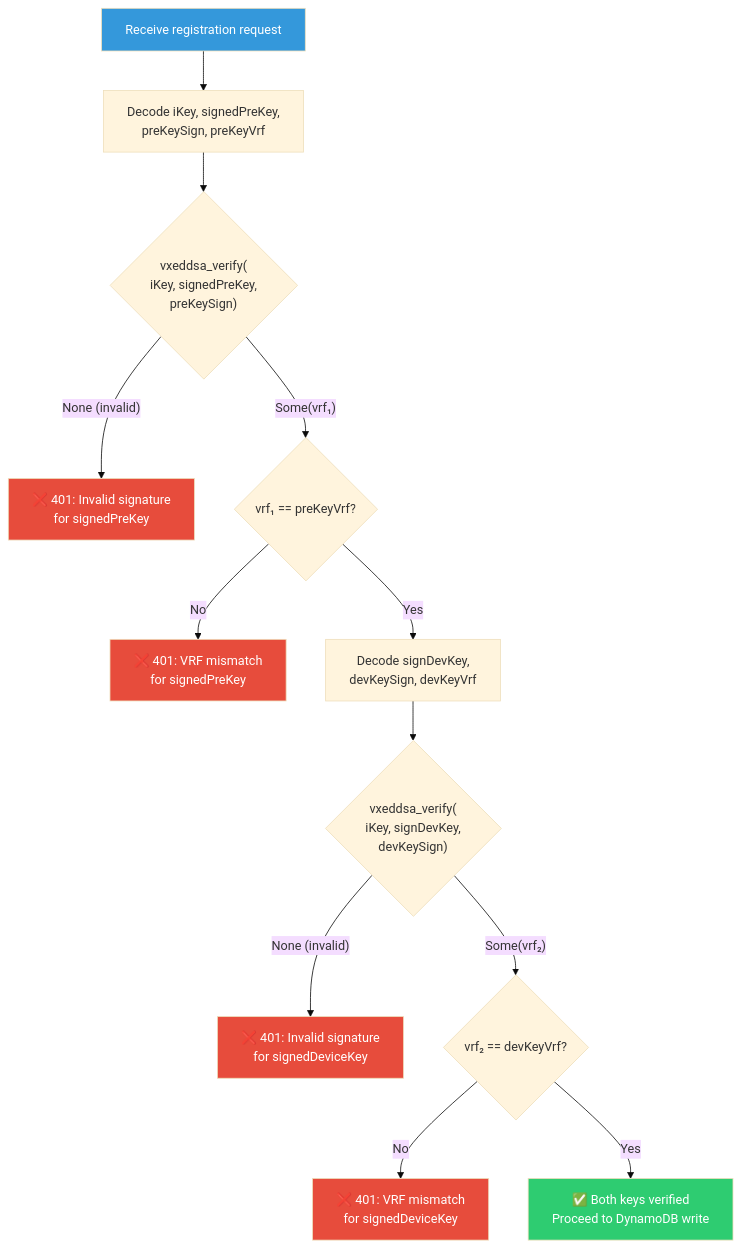
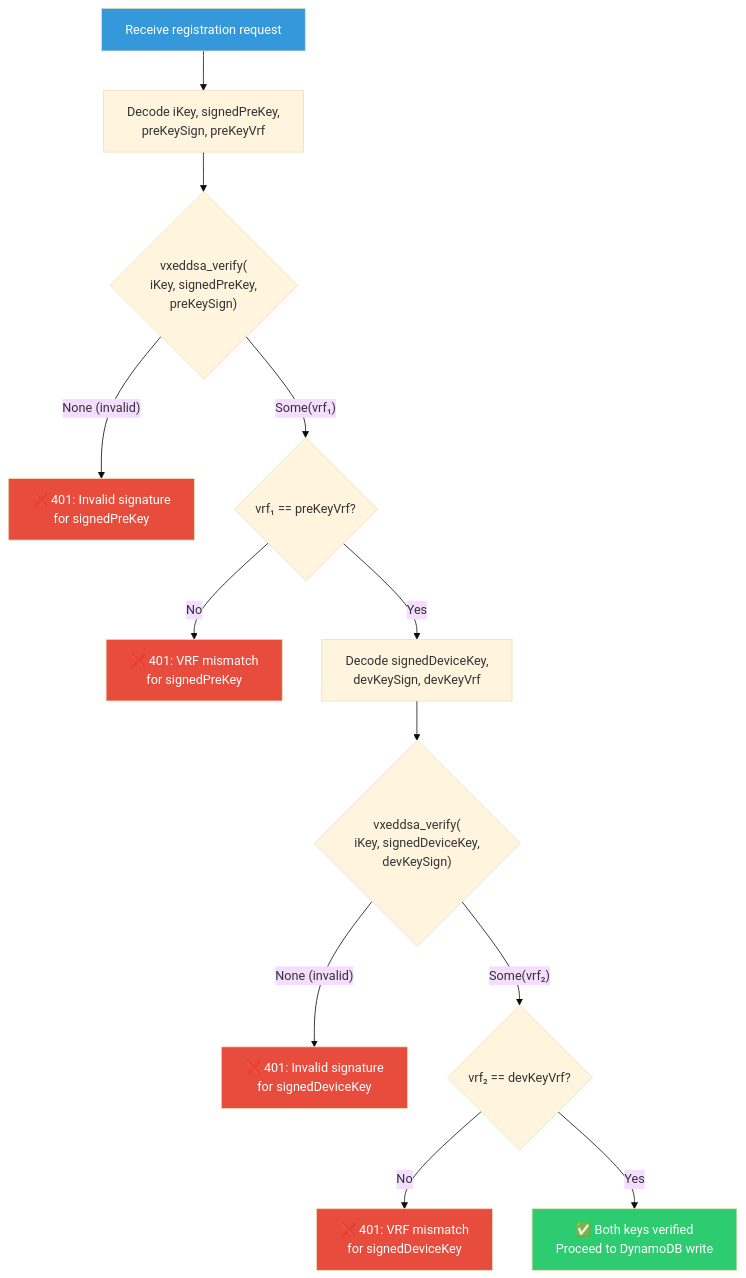
The third of 7 diagrams in docs/cryptographic_flows.md (debarkamondal/khamoshchat-api), drawn with Mermaid (base theme) before and after one commit. The commit also changed other lines of this file and 3 other files, not shown here.

````diff
--- a/docs/cryptographic_flows.md
+++ b/docs/cryptographic_flows.md
@@ -93,21 +93,21 @@
 ```mermaid
 flowchart TD
     A["Receive registration request"] --> B["Decode iKey, signedPreKey,<br/>preKeySign, preKeyVrf"]
     B --> C{"vxeddsa_verify(<br/>iKey, signedPreKey,<br/>preKeySign)"}
     C -- "None (invalid)" --> ERR1["❌ 401: Invalid signature<br/>for signedPreKey"]
     C -- "Some(vrf₁)" --> D{"vrf₁ == preKeyVrf?"}
     D -- No --> ERR2["❌ 401: VRF mismatch<br/>for signedPreKey"]
-    D -- Yes --> E["Decode signDevKey,<br/>devKeySign, devKeyVrf"]
-    E --> F{"vxeddsa_verify(<br/>iKey, signDevKey,<br/>devKeySign)"}
+    D -- Yes --> E["Decode signedDeviceKey,<br/>devKeySign, devKeyVrf"]
+    E --> F{"vxeddsa_verify(<br/>iKey, signedDeviceKey,<br/>devKeySign)"}
     F -- "None (invalid)" --> ERR3["❌ 401: Invalid signature<br/>for signedDeviceKey"]
     F -- "Some(vrf₂)" --> G{"vrf₂ == devKeyVrf?"}
     G -- No --> ERR4["❌ 401: VRF mismatch<br/>for signedDeviceKey"]
     G -- Yes --> H["✅ Both keys verified<br/>Proceed to DynamoDB write"]
 
     style A fill:#3498db,color:#fff
     style H fill:#2ecc71,color:#fff
     style ERR1 fill:#e74c3c,color:#fff
     style ERR2 fill:#e74c3c,color:#fff
     style ERR3 fill:#e74c3c,color:#fff
     style ERR4 fill:#e74c3c,color:#fff
 ```
````
